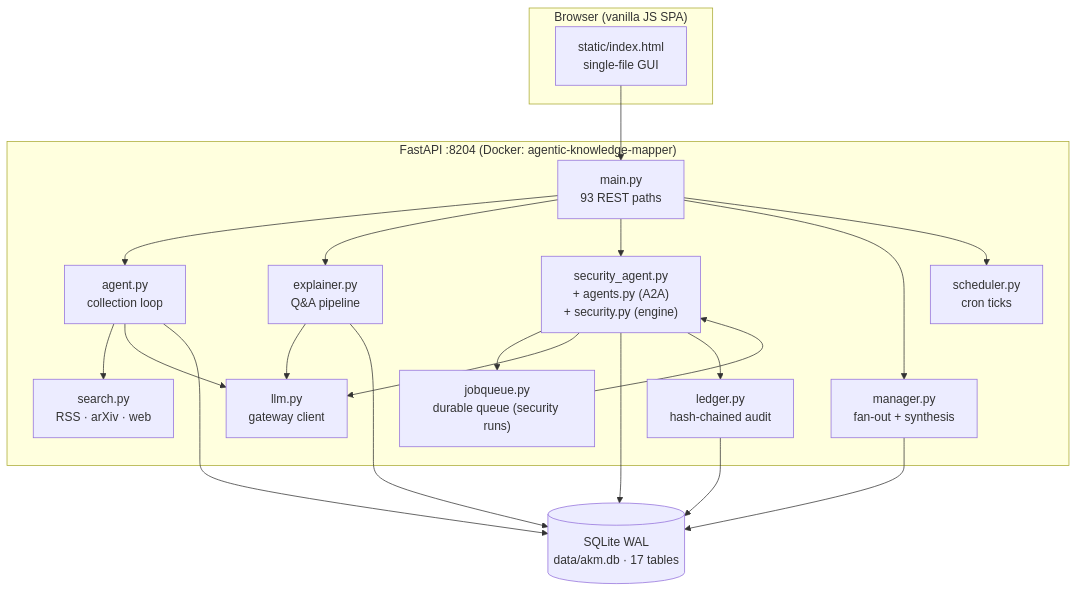
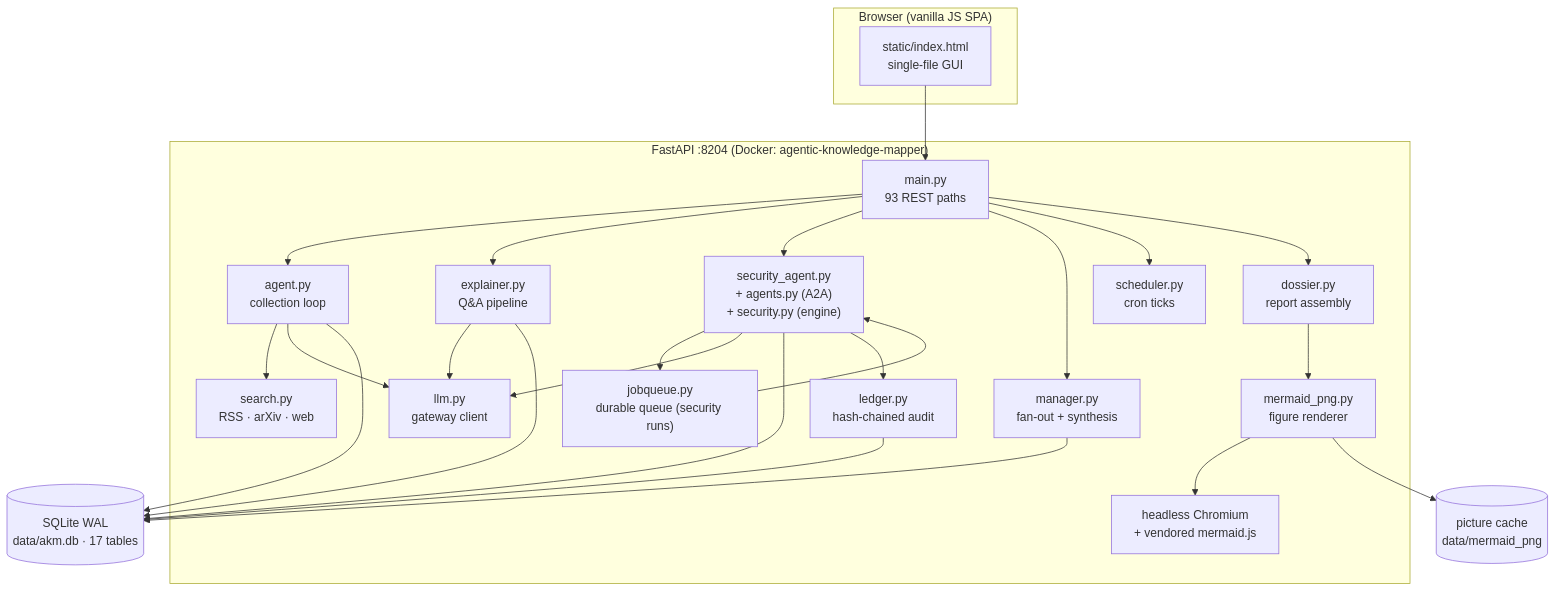
Before and after one commit to harishgovardhandamodar/agentic-knowledge-mapper: the second of 5 diagrams in docs/architecture.md, drawn with Mermaid. The commit also changed other lines of this file and 15 other files, not shown here.

````diff
--- a/docs/architecture.md
+++ b/docs/architecture.md
@@ -64,28 +64,35 @@
 ```mermaid
 flowchart TB
     subgraph Browser["Browser (vanilla JS SPA)"]
         UI["static/index.html\nsingle-file GUI"]
     end
     subgraph App["FastAPI :8204 (Docker: agentic-knowledge-mapper)"]
         API["main.py<br/>93 REST paths"]
         AG["agent.py<br/>collection loop"]
         EX["explainer.py<br/>Q&A pipeline"]
         SEC["security_agent.py<br/>+ agents.py (A2A)<br/>+ security.py (engine)"]
+        DOS["dossier.py<br/>report assembly"]
+        MMP["mermaid_png.py<br/>figure renderer"]
+        BRW["headless Chromium<br/>+ vendored mermaid.js"]
         MGR["manager.py<br/>fan-out + synthesis"]
         JOB["jobqueue.py<br/>durable queue (security runs)"]
         SCH["scheduler.py<br/>cron ticks"]
         SRCH["search.py<br/>RSS · arXiv · web"]
         LLM["llm.py<br/>gateway client"]
         LED["ledger.py<br/>hash-chained audit"]
     end
     DB[("SQLite WAL<br/>data/akm.db · 17 tables")]
     UI --> API
     API --> AG & EX & SEC & MGR & SCH
     SEC --> JOB
     JOB --> SEC
     AG --> SRCH
     AG & EX & SEC --> LLM
     AG & EX & SEC & MGR & LED --> DB
     SEC --> LED
+    API --> DOS
+    DOS --> MMP
+    MMP --> BRW
+    MMP --> VOLC[("picture cache<br/>data/mermaid_png")]
 
 ```
````
